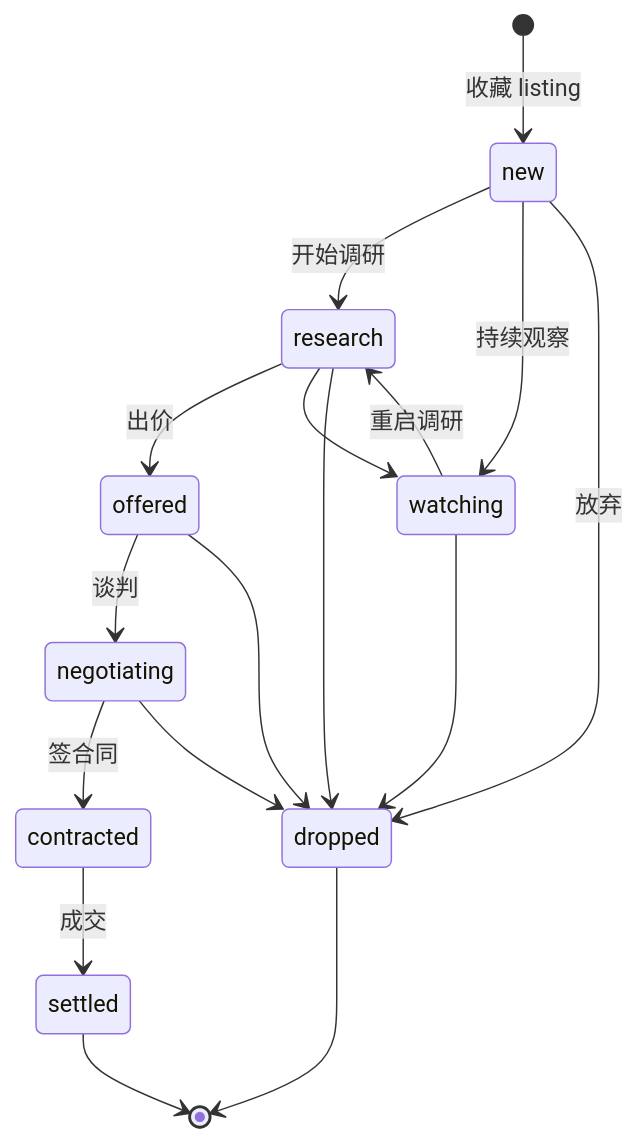
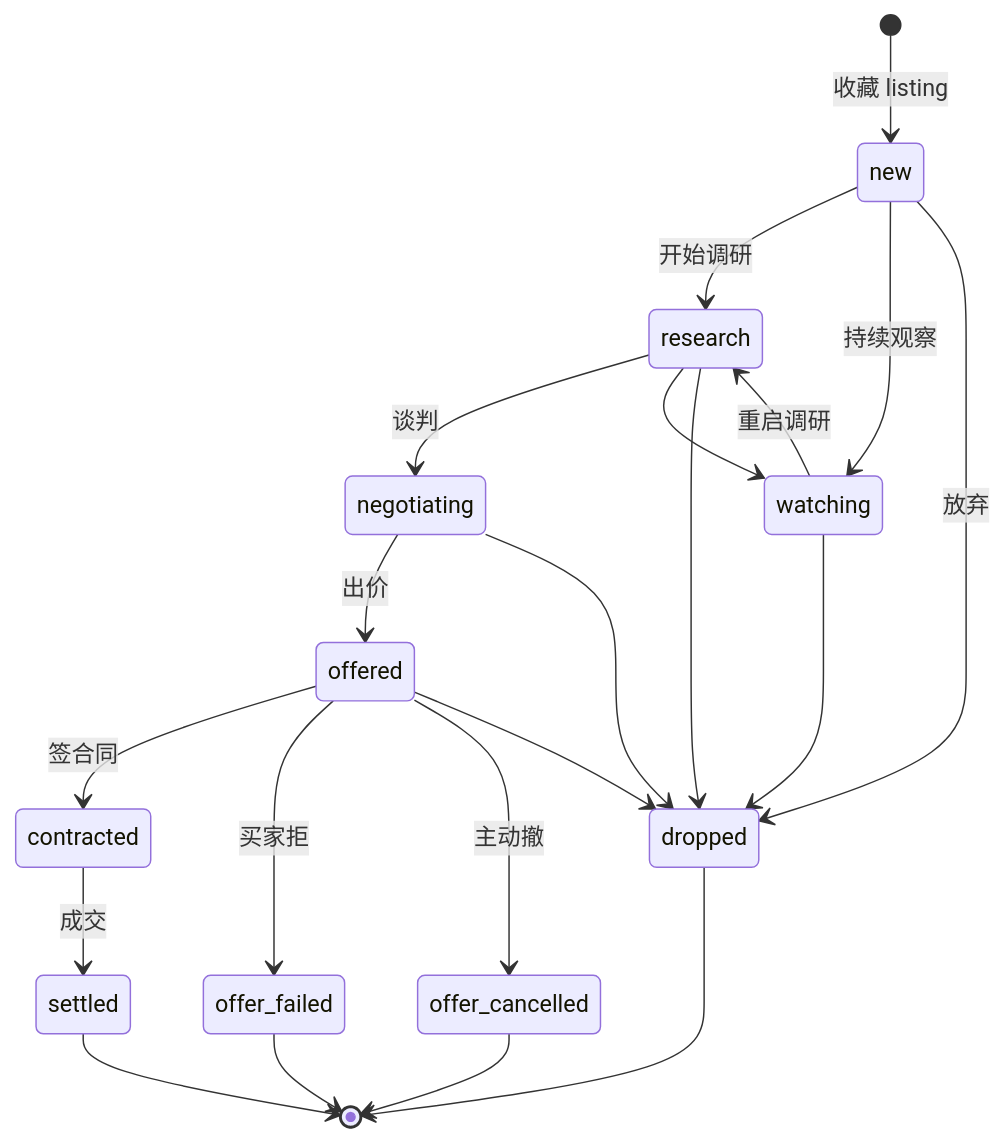
Before and after one commit to ChunmiaoYu/Projects-Wiki: the second of 3 diagrams in docs/auckland-property-shortlist/specs/north-star-v1-target.md, drawn with Mermaid. The commit also changed other lines of this file and 4 other files, not shown here.

````diff
--- a/docs/auckland-property-shortlist/specs/north-star-v1-target.md
+++ b/docs/auckland-property-shortlist/specs/north-star-v1-target.md
@@ -78,21 +78,26 @@
 ```mermaid
 stateDiagram-v2
     [*] --> new: 收藏 listing
     new --> research: 开始调研
-    research --> offered: 出价
-    offered --> negotiating: 谈判
-    negotiating --> contracted: 签合同
+    research --> negotiating: 谈判
+    negotiating --> offered: 出价
+    offered --> contracted: 签合同
     contracted --> settled: 成交
     settled --> [*]
+
+    offered --> offer_failed: 买家拒
+    offered --> offer_cancelled: 主动撤
+    offer_failed --> [*]
+    offer_cancelled --> [*]
 
     new --> watching: 持续观察
     research --> watching
     watching --> research: 重启调研
 
     new --> dropped: 放弃
     research --> dropped
     offered --> dropped
     negotiating --> dropped
     watching --> dropped
     dropped --> [*]
 ```
````
